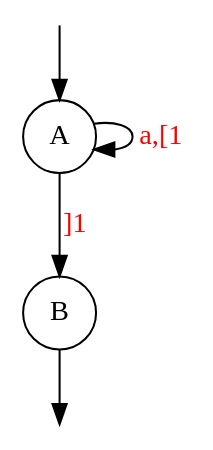
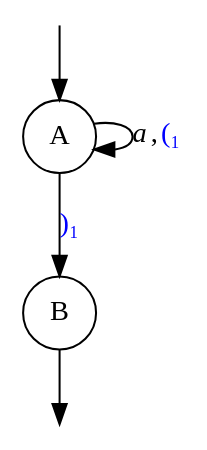
Before and after one commit to 0Marble/lgraphs: the diagram in text/graphs/example_pseudo.dot, drawn with Graphviz. The commit also changed 36 other files, not shown here.

```diff
--- a/text/graphs/example_pseudo.dot
+++ b/text/graphs/example_pseudo.dot
@@ -1,10 +1,10 @@
 digraph {
     node [shape=circle]
     Q0 [style=invisible, height=0, width=0, fixedsize=true]
     Q1 [style=invisible, height=0, width=0, fixedsize=true]
-    Q0 -> A
-    A -> A [label="a,[1", fontcolor=red];
-    A -> B [label="]1", fontcolor=red];
-
+    
+    Q0 -> A;
+    A -> A [label=<<i>a</i>,<FONT COLOR="blue">(₁</FONT>> ];
+    A -> B [label=<<FONT COLOR="blue">)₁</FONT>> ];
     B -> Q1;
 }
```
